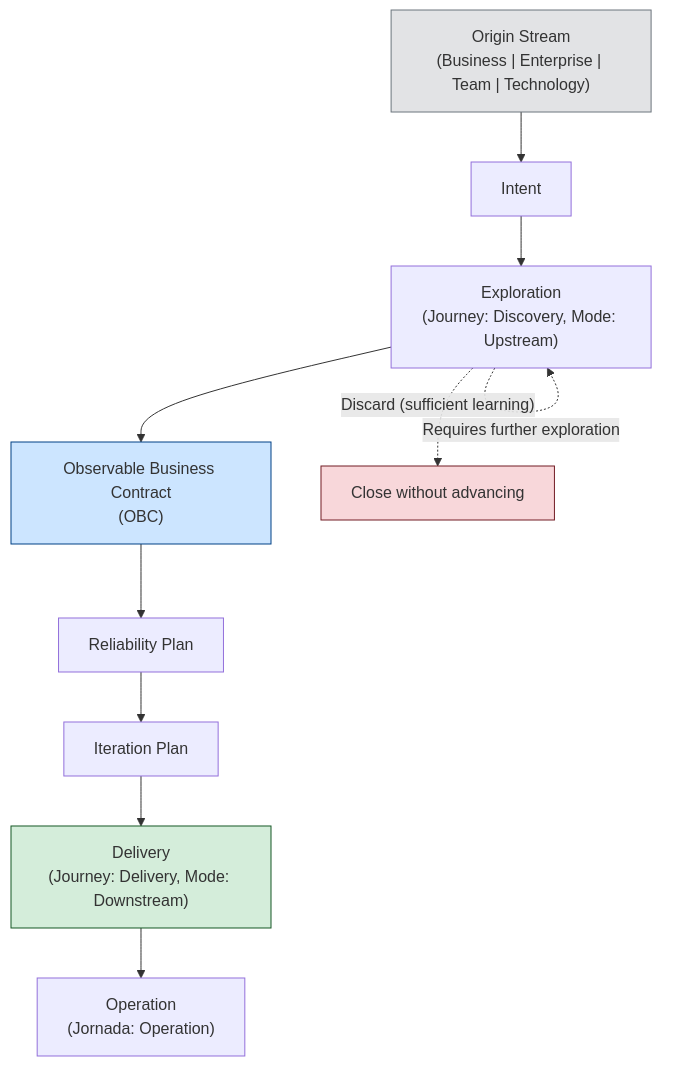
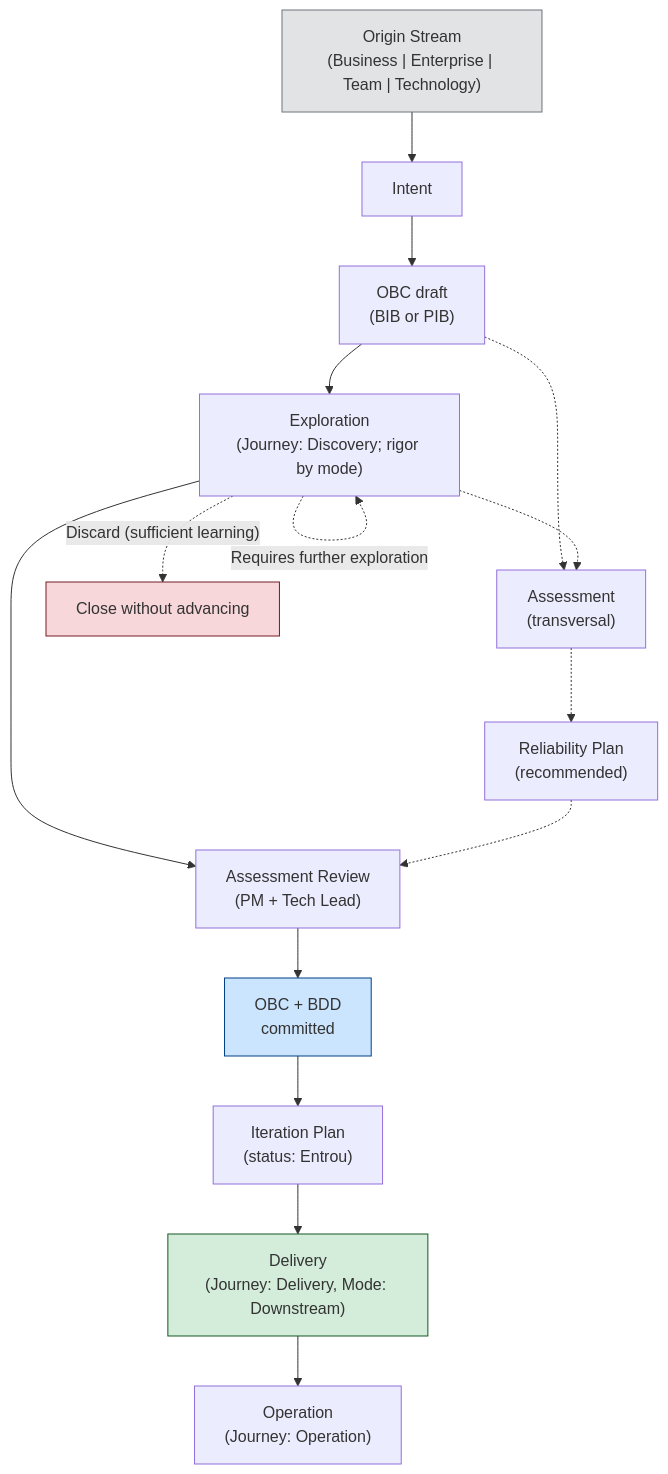
One commit to produtoreativo/payments-api changed the diagram in prodops/framework/flow.en.md. Above: the diagram before and after it, drawn with Mermaid. The commit also changed other lines of this file and 17 other files, not shown here.

Commit message:
docs(prodops): reclassify reliability plan as recommended not mandatory

````diff
--- a/prodops/framework/flow.en.md
+++ b/prodops/framework/flow.en.md
@@ -19,27 +19,35 @@
 ```mermaid
 flowchart TD
     OS["Origin Stream\n(Business | Enterprise | Team | Technology)"]
     I["Intent"]
-    EX["Exploration\n(Journey: Discovery, Mode: Upstream)"]
-    OBC["Observable Business Contract\n(OBC)"]
-    IP["Iteration Plan"]
-    RP["Reliability Plan"]
+    DRAFT["OBC draft\n(BIB or PIB)"]
+    EX["Exploration\n(Journey: Discovery; rigor by mode)"]
+    AS["Assessment\n(transversal)"]
+    RP["Reliability Plan\n(recommended)"]
+    REV["Assessment Review\n(PM + Tech Lead)"]
+    OBC["OBC + BDD\ncommitted"]
+    IP["Iteration Plan\n(status: Entrou)"]
     D["Delivery\n(Journey: Delivery, Mode: Downstream)"]
-    OP["Operation\n(Jornada: Operation)"]
+    OP["Operation\n(Journey: Operation)"]
 
     OS --> I
-    I --> EX
-    EX --> OBC
-    OBC --> RP
-    RP --> IP
+    I --> DRAFT
+    DRAFT --> EX
+    EX --> REV
+    DRAFT -.-> AS
+    EX -.-> AS
+    AS -.-> RP
+    RP -.-> REV
+    REV --> OBC
+    OBC --> IP
     IP --> D
     D --> OP
 
     EX -.->|"Discard (sufficient learning)"| X[Close without advancing]
     EX -.->|"Requires further exploration"| EX
 
     style OS fill:#e2e3e5,stroke:#6c757d
     style OBC fill:#cce5ff,stroke:#004085
     style D fill:#d4edda,stroke:#155724
     style X fill:#f8d7da,stroke:#721c24
 ```
````
